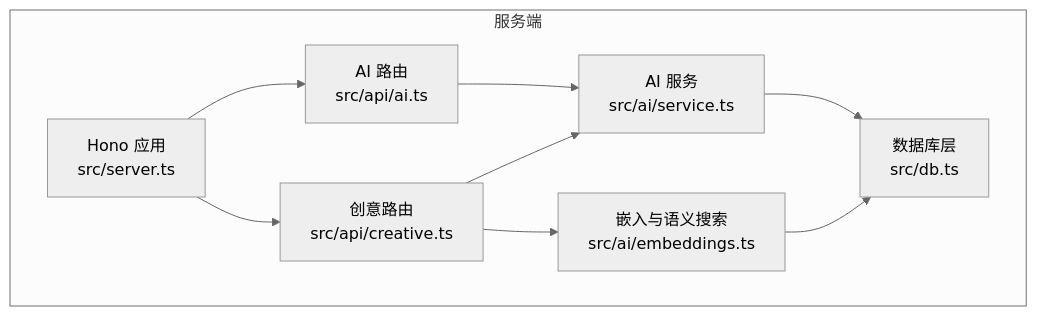
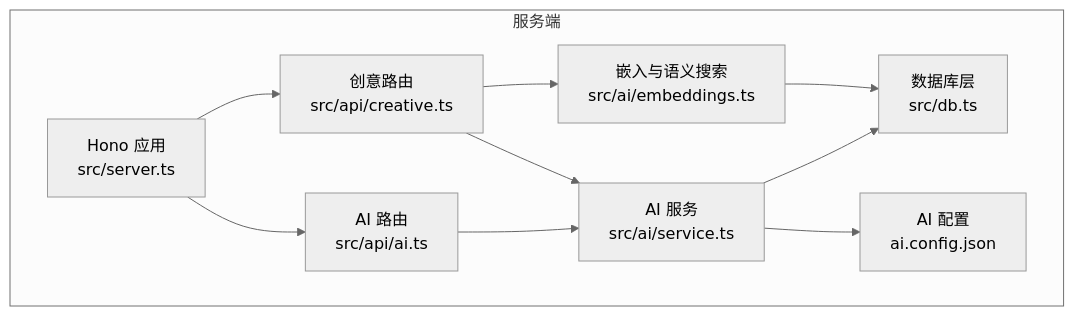
The first of 6 diagrams in .qoder/repowiki/zh/content/API 接口文档/AI 集成 API.md (BlackBoxRecorder/memos), drawn with Mermaid (neutral theme) before and after one commit. The commit also changed other lines of this file and 8 other files, not shown here.

````diff
--- a/.qoder/repowiki/zh/content/API 接口文档/AI 集成 API.md
+++ b/.qoder/repowiki/zh/content/API 接口文档/AI 集成 API.md
@@ -41,18 +51,20 @@
 ```mermaid
 graph TB
 subgraph "服务端"
 S["Hono 应用<br/>src/server.ts"]
 AIAPI["AI 路由<br/>src/api/ai.ts"]
 CREATIVEAPI["创意路由<br/>src/api/creative.ts"]
 DB["数据库层<br/>src/db.ts"]
 AISVC["AI 服务<br/>src/ai/service.ts"]
 EMB["嵌入与语义搜索<br/>src/ai/embeddings.ts"]
+CONFIG["AI 配置<br/>ai.config.json"]
 end
 S --> AIAPI
 S --> CREATIVEAPI
 AIAPI --> AISVC
 CREATIVEAPI --> AISVC
 CREATIVEAPI --> EMB
 AISVC --> DB
+AISVC --> CONFIG
 EMB --> DB
 ```
````
